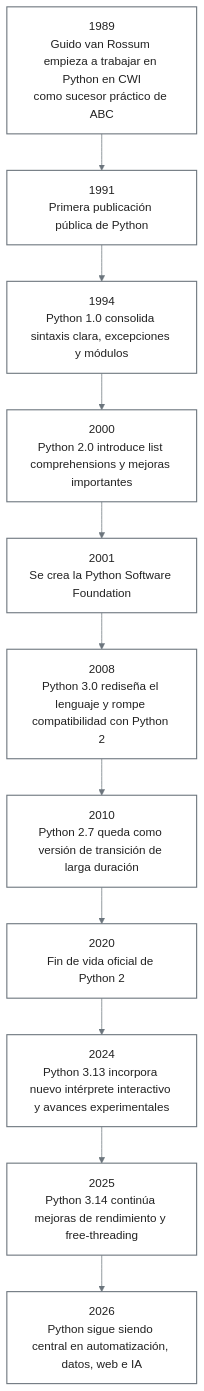
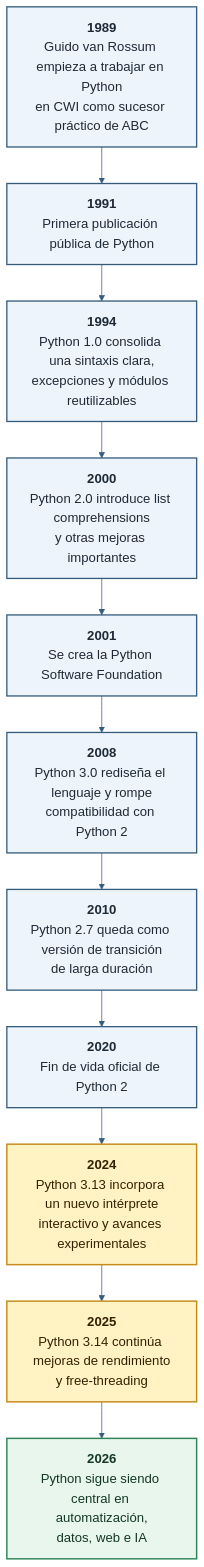
One commit to Dante-Guerrero/manual-legaltech changed the diagram in parte-1-modulo-1/02-capitulo.qmd. Above: the diagram before and after it, drawn with Mermaid. The commit also changed other lines of this file and 11 other files, not shown here.

````diff
--- a/parte-1-modulo-1/02-capitulo.qmd
+++ b/parte-1-modulo-1/02-capitulo.qmd
@@ -45,20 +37,34 @@
 ```{mermaid}
-%%{init: {'theme':'base', 'themeVariables': { 'primaryColor': '#f8f9fa', 'primaryTextColor': '#222222', 'primaryBorderColor': '#6c757d', 'lineColor': '#6c757d', 'secondaryColor': '#ffffff', 'tertiaryColor': '#ffffff', 'fontFamily': 'Georgia, serif'}}}%%
+%%{init: {'theme':'base','themeVariables':{
+  'background':'#fcfbf7',
+  'primaryColor':'#fff8dc',
+  'primaryTextColor':'#1f2a37',
+  'primaryBorderColor':'#c58b1b',
+  'lineColor':'#355c7d',
+  'secondaryColor':'#eef4fb',
+  'tertiaryColor':'#ffffff',
+  'fontFamily':'Georgia, serif',
+  'fontSize':'18px'
+}}}%%
 flowchart TB
-    A["1989<br/>Guido van Rossum empieza a trabajar en Python en CWI<br/>como sucesor práctico de ABC"]
-    B["1991<br/>Primera publicación pública de Python"]
-    C["1994<br/>Python 1.0 consolida sintaxis clara, excepciones y módulos"]
-    D["2000<br/>Python 2.0 introduce list comprehensions y mejoras importantes"]
-    E["2001<br/>Se crea la Python Software Foundation"]
-    F["2008<br/>Python 3.0 rediseña el lenguaje y rompe compatibilidad con Python 2"]
-    G["2010<br/>Python 2.7 queda como versión de transición de larga duración"]
-    H["2020<br/>Fin de vida oficial de Python 2"]
-    I["2024<br/>Python 3.13 incorpora nuevo intérprete interactivo y avances experimentales"]
-    J["2025<br/>Python 3.14 continúa mejoras de rendimiento y free-threading"]
-    K["2026<br/>Python sigue siendo central en automatización, datos, web e IA"]
+    A["<b>1989</b><br/>Guido van Rossum empieza a trabajar en Python<br/>en CWI como sucesor práctico de ABC"]
+    B["<b>1991</b><br/>Primera publicación pública de Python"]
+    C["<b>1994</b><br/>Python 1.0 consolida una sintaxis clara,<br/>excepciones y módulos reutilizables"]
+    D["<b>2000</b><br/>Python 2.0 introduce list comprehensions<br/>y otras mejoras importantes"]
+    E["<b>2001</b><br/>Se crea la Python Software Foundation"]
+    F["<b>2008</b><br/>Python 3.0 rediseña el lenguaje y rompe<br/>compatibilidad con Python 2"]
+    G["<b>2010</b><br/>Python 2.7 queda como versión de transición<br/>de larga duración"]
+    H["<b>2020</b><br/>Fin de vida oficial de Python 2"]
+    I["<b>2024</b><br/>Python 3.13 incorpora un nuevo intérprete<br/>interactivo y avances experimentales"]
+    J["<b>2025</b><br/>Python 3.14 continúa mejoras de rendimiento<br/>y free-threading"]
+    K["<b>2026</b><br/>Python sigue siendo central en automatización,<br/>datos, web e IA"]
 
     A --> B --> C --> D --> E --> F --> G --> H --> I --> J --> K
 
-    classDef hito fill:#ffffff,stroke:#6c757d,color:#222222,stroke-width:1.5px;
-    class A,B,C,D,E,F,G,H,I,J,K hito;
+    classDef inicio fill:#fff3c4,stroke:#c58b1b,color:#332200,stroke-width:2px;
+    classDef desarrollo fill:#eef4fb,stroke:#355c7d,color:#1f2a37,stroke-width:1.8px;
+    classDef actual fill:#e8f6ee,stroke:#2f855a,color:#153824,stroke-width:2px;
+    class A,B,C,D,E,F,G,H desarrollo;
+    class I,J inicio;
+    class K actual;
 ```
````
